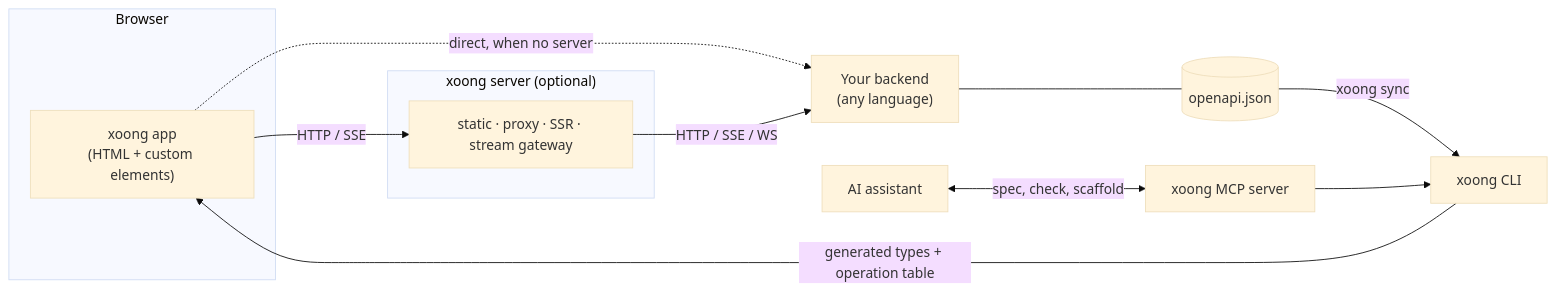
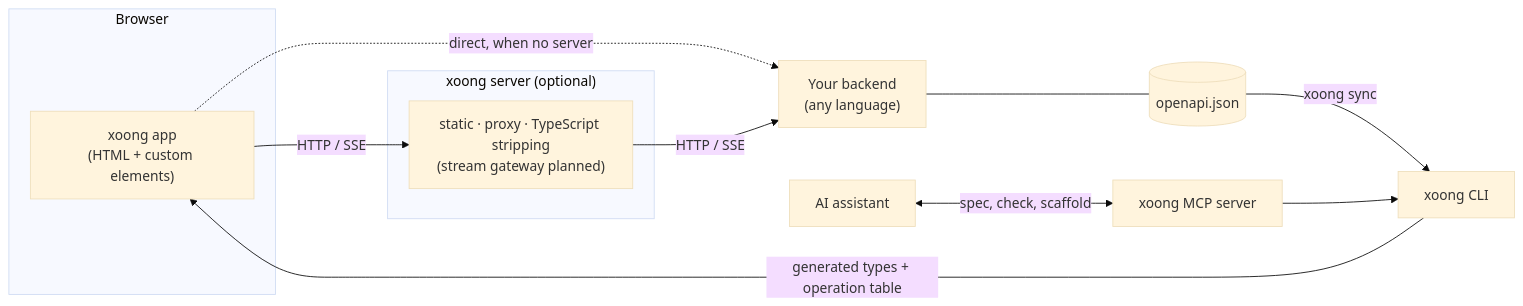
The first of 6 diagrams in docs/architecture.md (fpt-duongtx/xoong), drawn with Mermaid (base theme) before and after one commit. The commit also changed other lines of this file and 107 other files, not shown here.

````diff
--- a/docs/architecture.md
+++ b/docs/architecture.md
@@ -11,23 +11,23 @@
 ```mermaid
 flowchart LR
   subgraph Browser
     APP["xoong app<br/>(HTML + custom elements)"]
   end
   subgraph Optional["xoong server (optional)"]
-    SRV["static · proxy · SSR · stream gateway"]
+    SRV["static · proxy · TypeScript stripping<br/>(stream gateway planned)"]
   end
   BE["Your backend<br/>(any language)"]
   OAS[("openapi.json")]
   CLI["xoong CLI"]
   AI["AI assistant"]
   MCP["xoong MCP server"]
 
   APP -- "HTTP / SSE" --> SRV
   APP -. "direct, when no server" .-> BE
-  SRV -- "HTTP / SSE / WS" --> BE
+  SRV -- "HTTP / SSE" --> BE
   BE --- OAS
   OAS -- "xoong sync" --> CLI
   CLI -- "generated types + operation table" --> APP
   AI <-- "spec, check, scaffold" --> MCP
   MCP --> CLI
 ```
````
